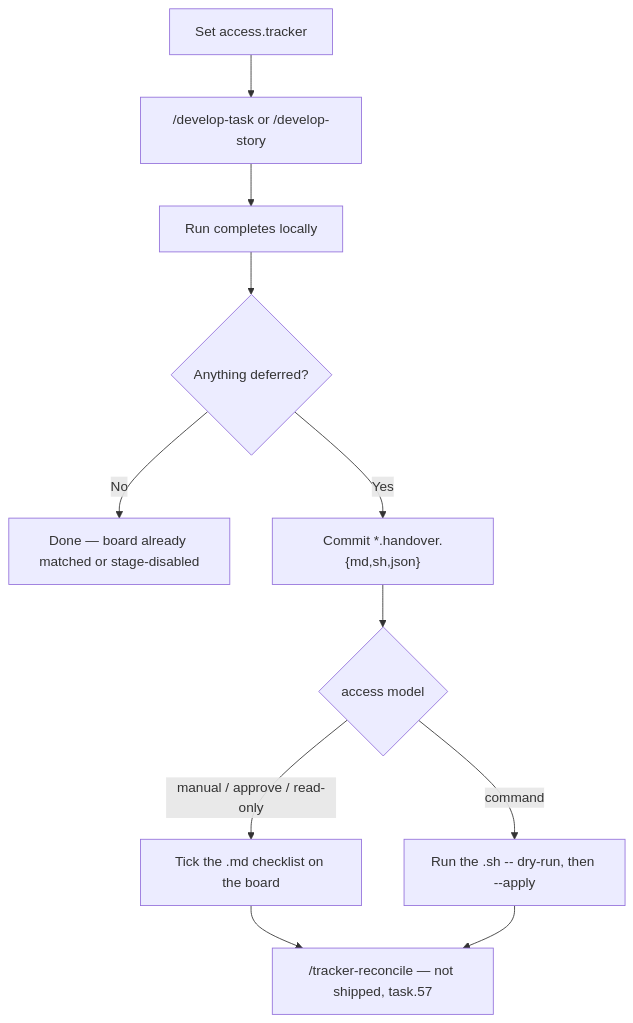
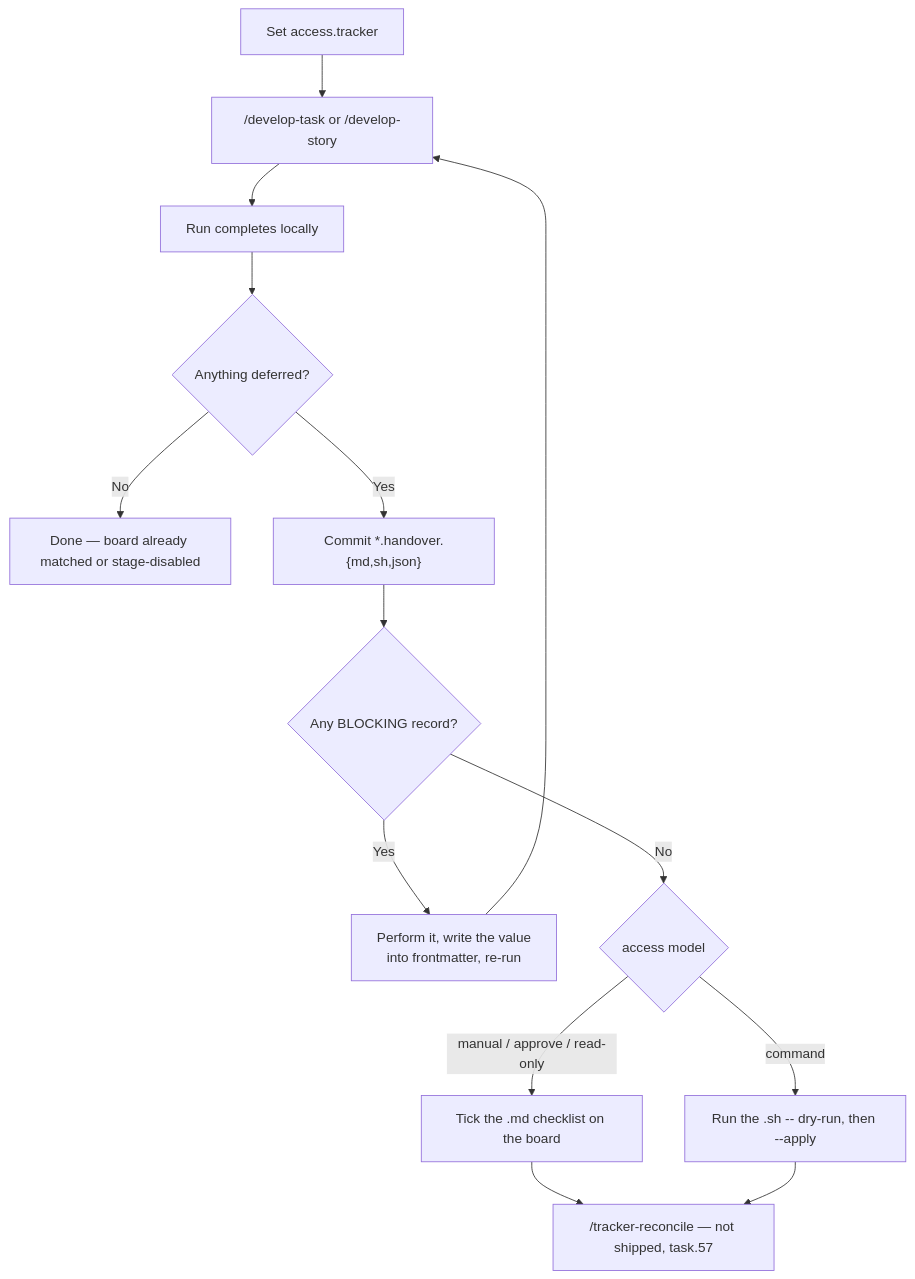
The diagram in docs/runbooks/restricted-access.md (Gamaroff/agent-skills), drawn with Mermaid before and after one commit. The commit also changed other lines of this file and 14 other files, not shown here.

````diff
--- a/docs/runbooks/restricted-access.md
+++ b/docs/runbooks/restricted-access.md
@@ -65,13 +65,16 @@
 ```mermaid
 flowchart TD
     A[Set access.tracker] --> B["/develop-task or /develop-story"]
     B --> C[Run completes locally]
     C --> D{Anything deferred?}
     D -->|No| E[Done — board already matched or stage-disabled]
     D -->|Yes| F["Commit *.handover.{md,sh,json}"]
-    F --> G{access model}
+    F --> K{Any BLOCKING record?}
+    K -->|Yes| L["Perform it, write the value<br/>into frontmatter, re-run"]
+    L --> B
+    K -->|No| G{access model}
     G -->|manual / approve / read-only| H[Tick the .md checklist on the board]
     G -->|command| I["Run the .sh -- dry-run, then --apply"]
     H --> J["/tracker-reconcile — not shipped, task.57"]
     I --> J
 ```
````
